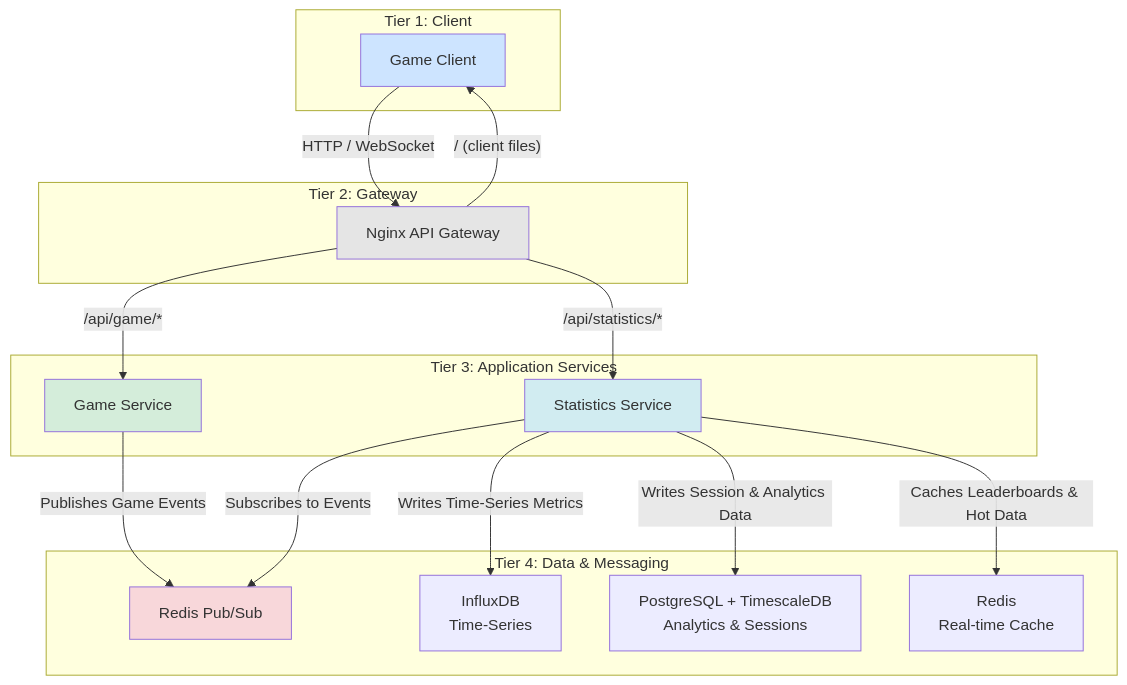
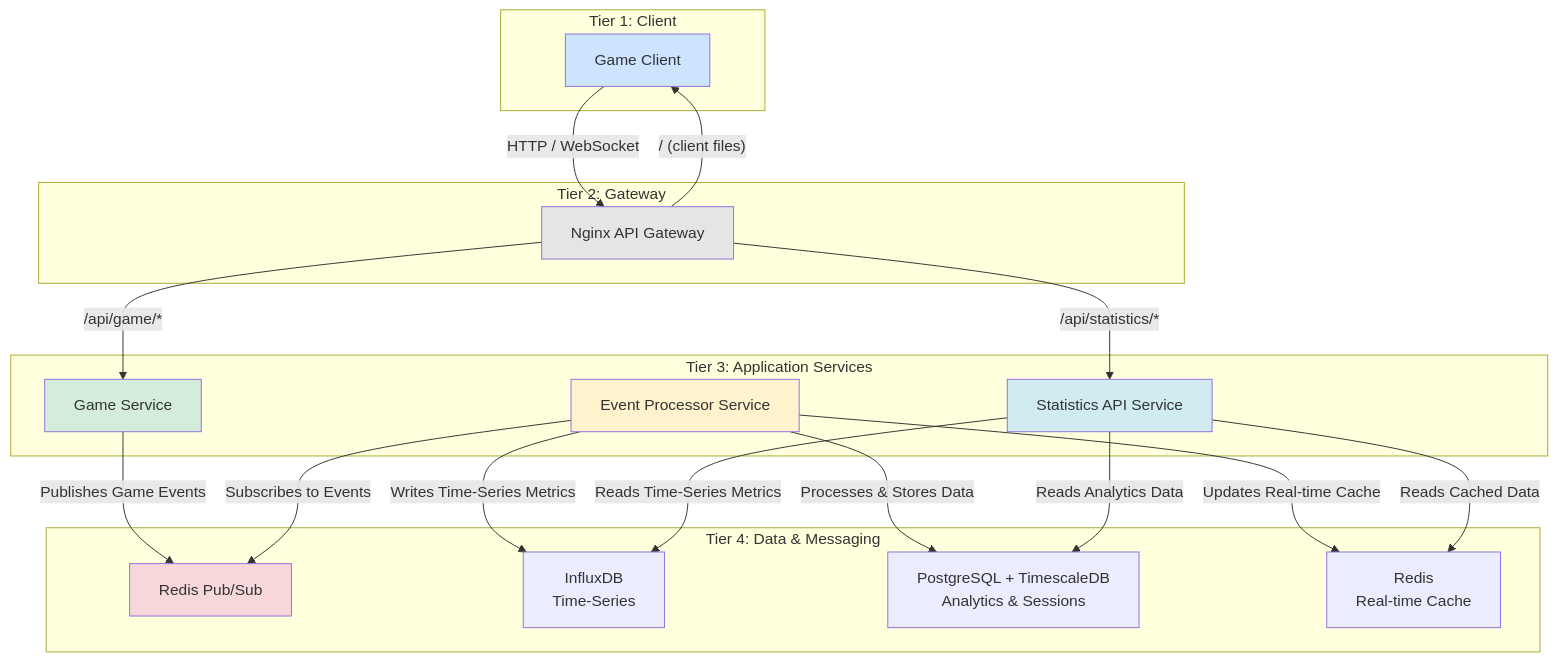
Before and after one commit to tanminkwan/test2: the diagram in STATISTICS_IMPLEMENTATION_PLAN.md, drawn with Mermaid. The commit also changed other lines of this file and 2 other files, not shown here.

Commit message:
Update architecture diagrams to separate PostgreSQL and TimescaleDB, clarify database roles

````diff
--- a/STATISTICS_IMPLEMENTATION_PLAN.md
+++ b/STATISTICS_IMPLEMENTATION_PLAN.md
@@ -11,42 +12,47 @@
 ```mermaid
 graph TD
     subgraph "Tier 1: Client"
         Client[Game Client]
     end
 
     subgraph "Tier 2: Gateway"
         Nginx[Nginx API Gateway]
     end
 
     subgraph "Tier 3: Application Services"
         GameSvc[Game Service]
-        StatsSvc[Statistics Service]
+        StatsSvc[Statistics API Service]
+        EventProcessor[Event Processor Service]
     end
 
     subgraph "Tier 4: Data & Messaging"
         Redis[Redis Pub/Sub]
         InfluxDB["InfluxDB<br/>Time-Series"]
         PostgreSQL_TS["PostgreSQL + TimescaleDB<br/>Analytics & Sessions"]
         RedisCache[Redis<br/>Real-time Cache]
     end
     
     %% Define connections between tiers
     Client -- "HTTP / WebSocket" --> Nginx
     
     Nginx -- "/ (client files)" --> Client
     Nginx -- "/api/game/*" --> GameSvc
     Nginx -- "/api/statistics/*" --> StatsSvc
     
     GameSvc -- "Publishes Game Events" --> Redis
-    StatsSvc -- "Subscribes to Events" --> Redis
-
-    StatsSvc -- "Writes Time-Series Metrics" --> InfluxDB
-    StatsSvc -- "Writes Session & Analytics Data" --> PostgreSQL_TS
-    StatsSvc -- "Caches Leaderboards & Hot Data" --> RedisCache
+    EventProcessor -- "Subscribes to Events" --> Redis
+    EventProcessor -- "Processes & Stores Data" --> PostgreSQL_TS
+    EventProcessor -- "Writes Time-Series Metrics" --> InfluxDB
+    EventProcessor -- "Updates Real-time Cache" --> RedisCache
+    
+    StatsSvc -- "Reads Analytics Data" --> PostgreSQL_TS
+    StatsSvc -- "Reads Time-Series Metrics" --> InfluxDB
+    StatsSvc -- "Reads Cached Data" --> RedisCache
 
     style Client fill:#cde4ff
     style Nginx fill:#e5e5e5
     style GameSvc fill:#d4edda
     style StatsSvc fill:#d1ecf1
+    style EventProcessor fill:#fff2cc
     style Redis fill:#f8d7da
 ```
````
